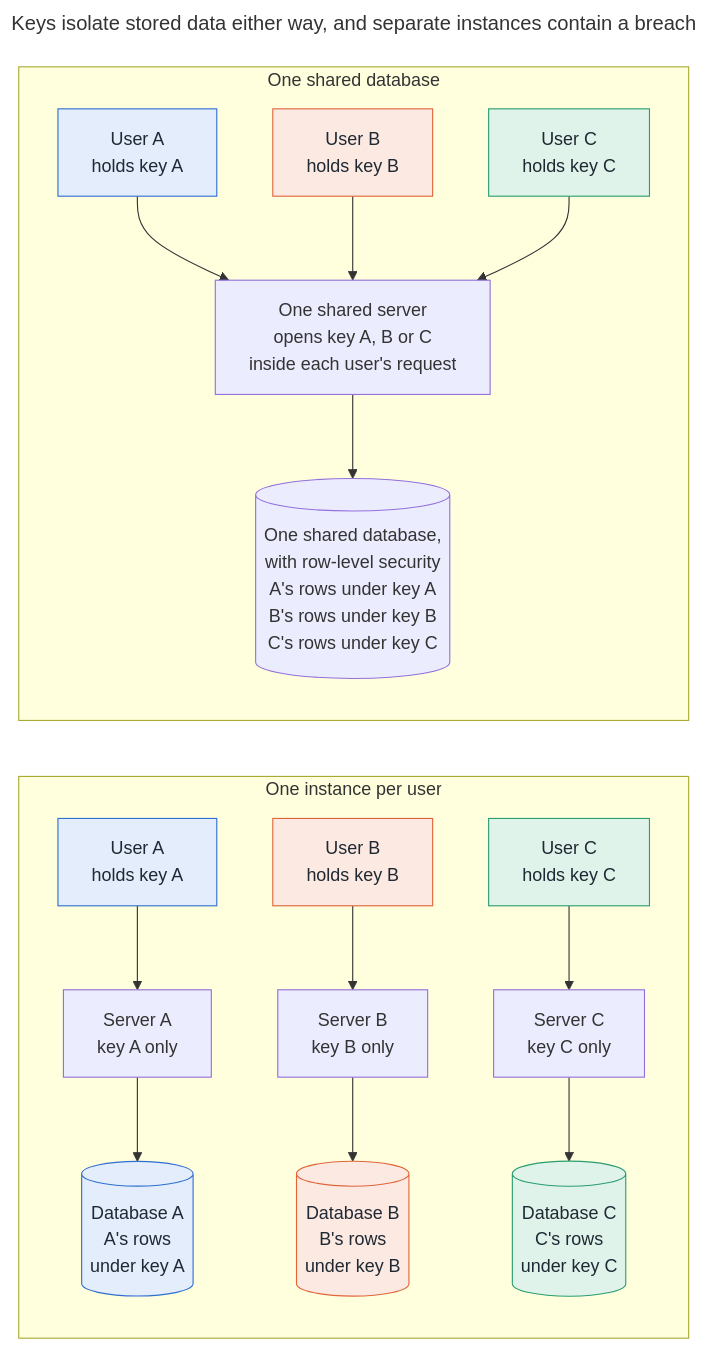
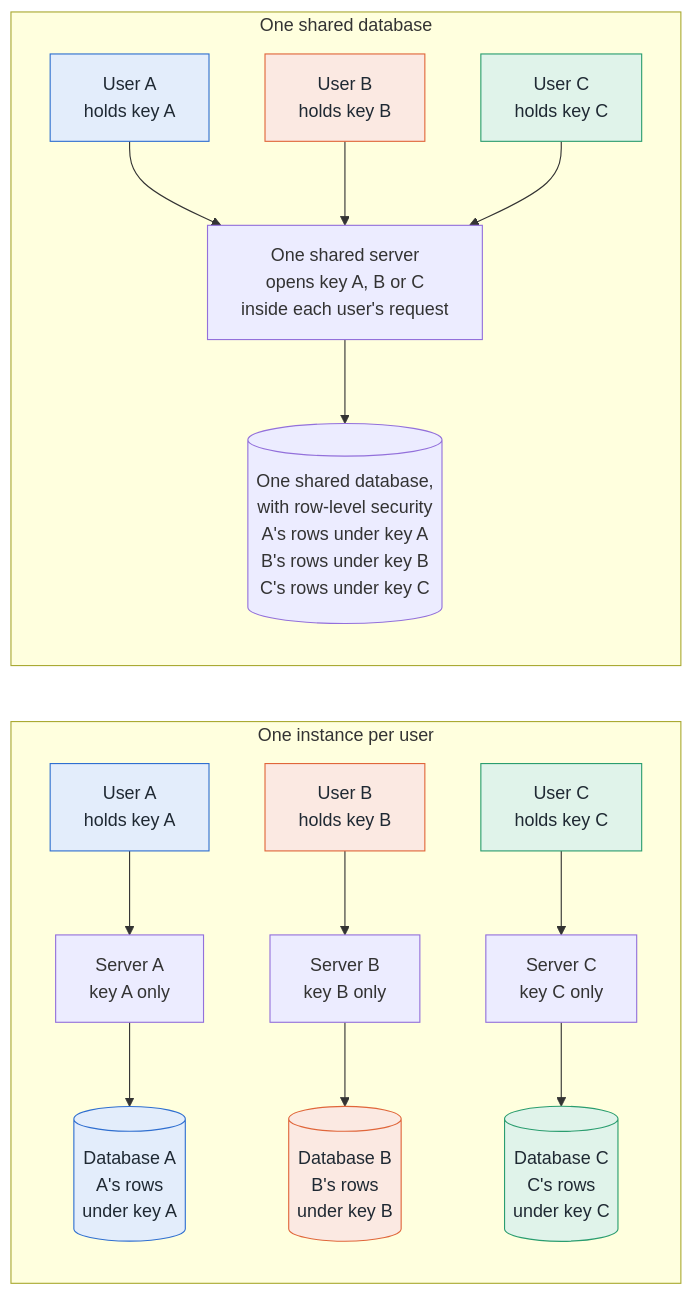
Before and after one commit to ajs-consult-llc/mirror-encryption-rfc: the diagram in diagrams/shared-vs-dedicated-3-users.mmd, drawn with Mermaid. The commit also changed 40 other files, not shown here.

First line of the commit message:
Diagrams: the doc's own pictures, with the Mermaid in an appendix

```diff
--- a/diagrams/shared-vs-dedicated-3-users.mmd
+++ b/diagrams/shared-vs-dedicated-3-users.mmd
@@ -1,24 +1,21 @@
----
-title: "Keys isolate stored data either way, and separate instances contain a breach"
----
 flowchart TB
   accTitle: Keys isolate stored data either way, and separate instances contain a breach
   accDescr: Each user's key stays on their desktop in both designs, and colours mark whose key locks which rows. With one shared database, users A, B and C, holding keys A, B and C, all use one shared server, which opens key A, B or C inside each user's request, and one shared database with row-level security, where user A's rows are locked under key A, user B's under key B and user C's under key C. A server breach sees every active user's requests. There is one system to run, and metadata is visible to the operator. With one instance per user, user A uses server A, which holds key A only, and database A, which holds user A's rows under key A, and the same for users B and C. A server breach sees one user's requests. There is one system per user to run and pay for.
   subgraph shared["One shared database"]
     direction TB
     SA["User A<br/>holds key A"]:::a
     SB["User B<br/>holds key B"]:::b
     SC["User C<br/>holds key C"]:::c
     SA & SB & SC --> SS["One shared server<br/>opens key A, B or C<br/>inside each user's request"]
     SS --> SD[("One shared database,<br/>with row-level security<br/>A's rows under key A<br/>B's rows under key B<br/>C's rows under key C")]
   end
   subgraph dedicated["One instance per user"]
     direction TB
     UA["User A<br/>holds key A"]:::a --> VA["Server A<br/>key A only"] --> BA[("Database A<br/>A's rows<br/>under key A")]:::a
     UB["User B<br/>holds key B"]:::b --> VB["Server B<br/>key B only"] --> BB[("Database B<br/>B's rows<br/>under key B")]:::b
     UC["User C<br/>holds key C"]:::c --> VC["Server C<br/>key C only"] --> BC[("Database C<br/>C's rows<br/>under key C")]:::c
   end
   shared ~~~ dedicated
   classDef a stroke:#2f6fd0,fill:#e3edfb,color:#1f2933
   classDef b stroke:#e0663a,fill:#fbe9e2,color:#1f2933
   classDef c stroke:#2a9d6f,fill:#e0f3ea,color:#1f2933
```
